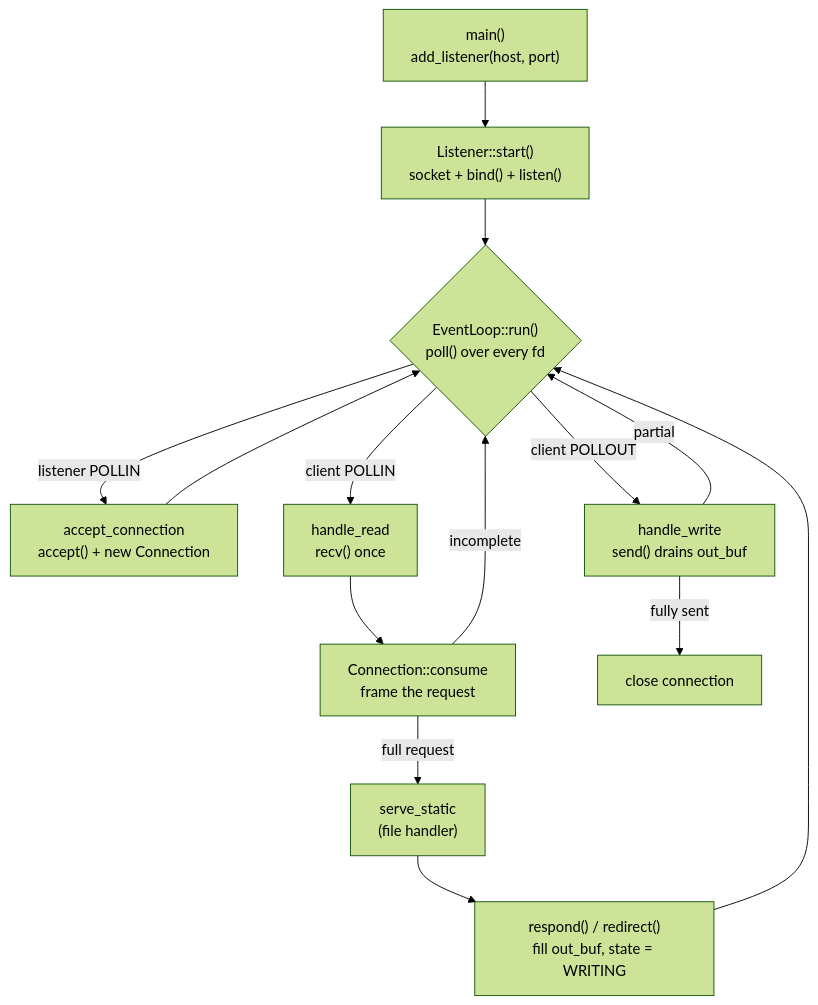
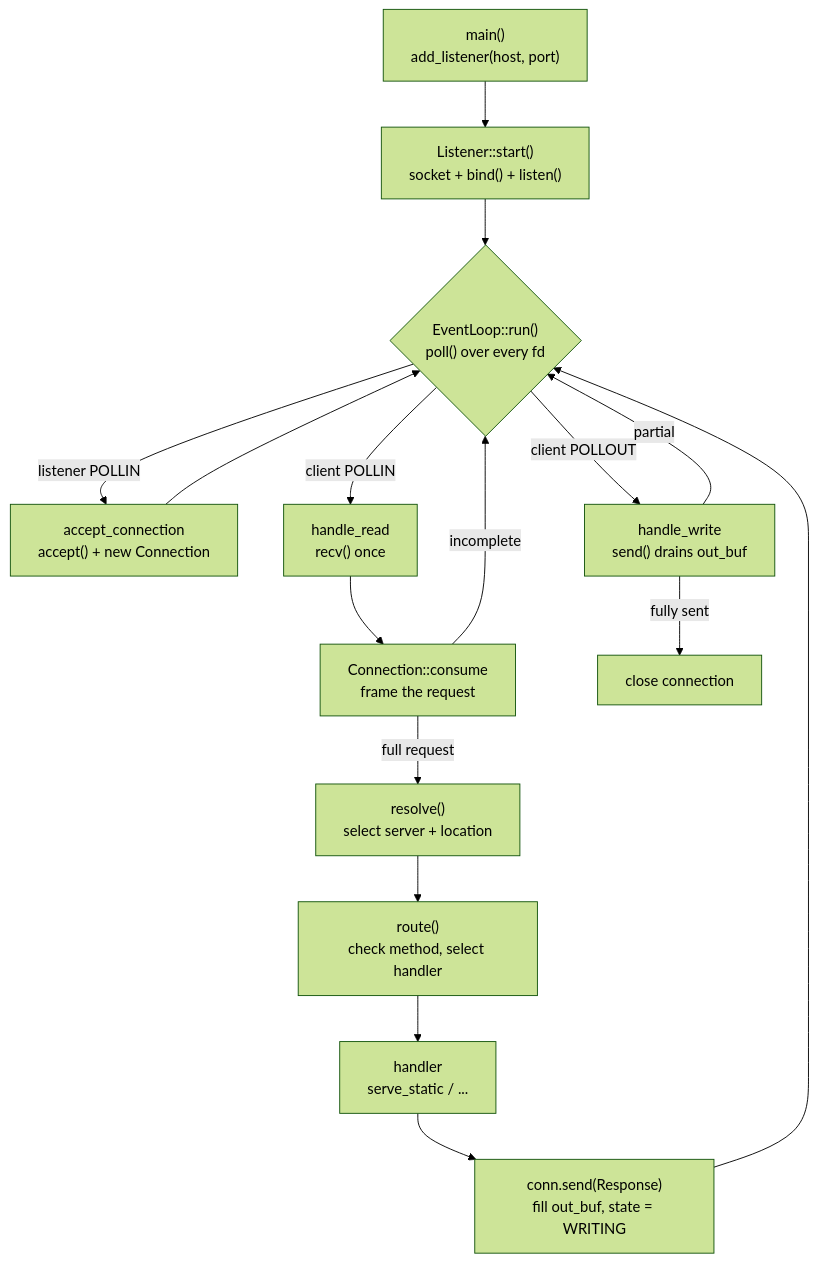
One commit to stepskop/servant changed the diagram in README.md. Above: the diagram before and after it, drawn with Mermaid (forest theme). The commit also changed other lines of this file, not shown here.

````diff
--- a/README.md
+++ b/README.md
@@ -26,22 +30,24 @@
 ```mermaid
 flowchart TD
     boot["main()<br/>add_listener(host, port)"] --> listen["Listener::start()<br/>socket + bind() + listen()"]
     listen --> poll
 
     poll{"EventLoop::run()<br/>poll() over every fd"}
 
     poll -- "listener POLLIN" --> accept["accept_connection<br/>accept() + new Connection"]
     accept --> poll
 
     poll -- "client POLLIN" --> read["handle_read<br/>recv() once"]
     poll -- "client POLLOUT" --> write["handle_write<br/>send() drains out_buf"]
 
     read --> consume["Connection::consume<br/>frame the request"]
     consume -- "incomplete" --> poll
-    consume -- "full request" --> serve["serve_static<br/>(file handler)"]
-    serve --> respond["respond() / redirect()<br/>fill out_buf, state = WRITING"]
+    consume -- "full request" --> resolve["resolve()<br/>select server + location"]
+    resolve --> route["route()<br/>check method, select handler"]
+    route --> serve["handler<br/>serve_static / ..."]
+    serve --> respond["conn.send(Response)<br/>fill out_buf, state = WRITING"]
     respond --> poll
 
     write -- "partial" --> poll
     write -- "fully sent" --> close["close connection"]
 ```
````
